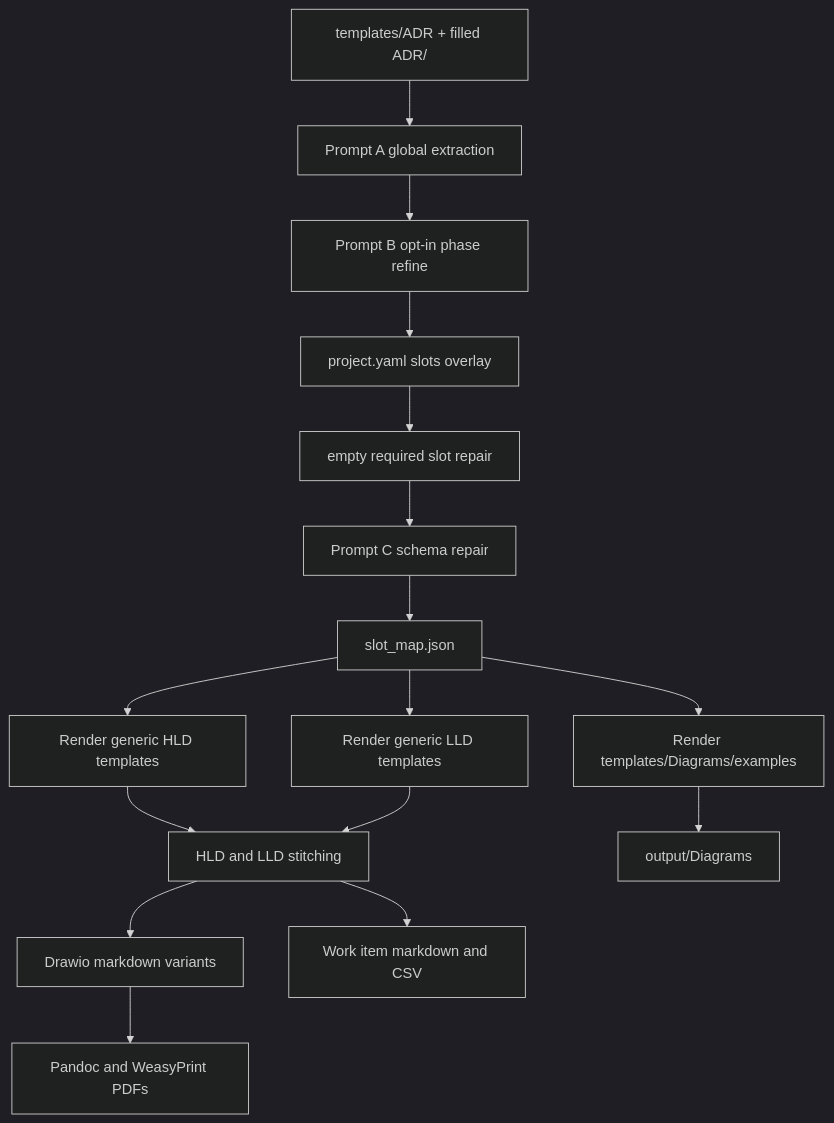
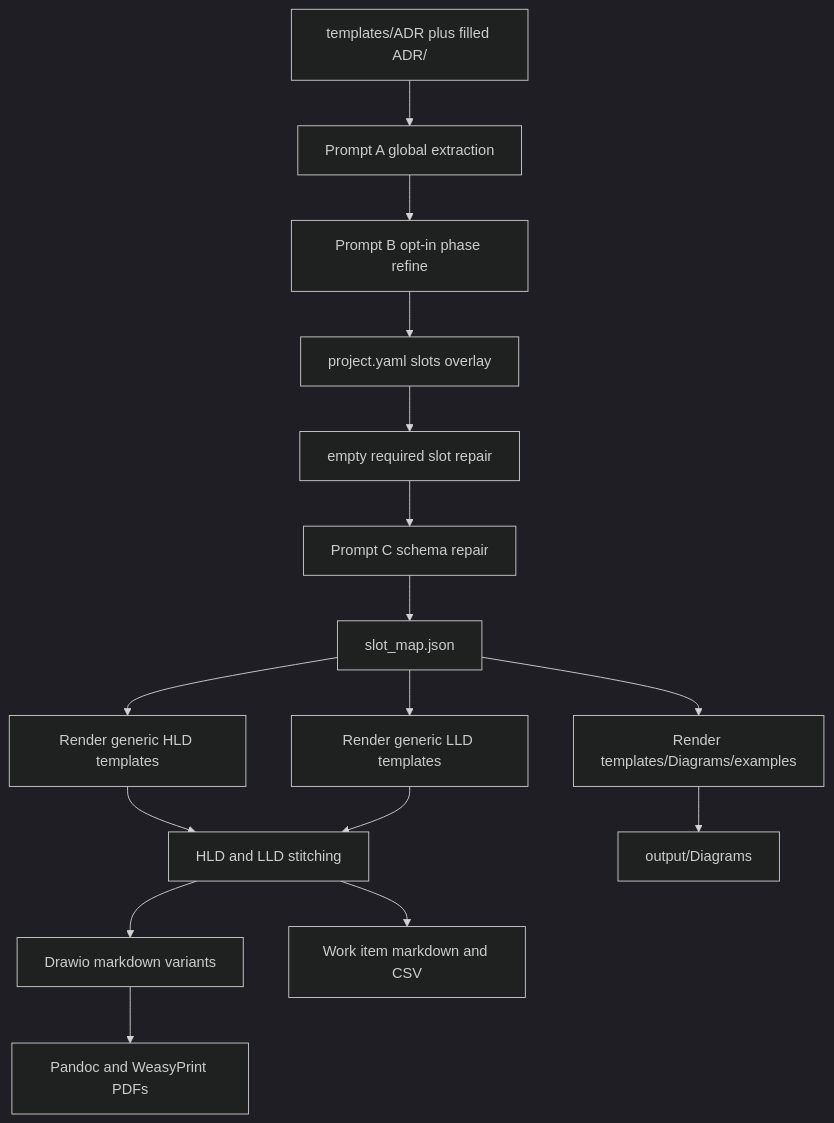
The second of 3 diagrams in docs/ARCHITECTURE.md (stratus-ss/arch-design-doc-generator), drawn with Mermaid (dark theme) before and after one commit. The commit also changed other lines of this file and 13 other files, not shown here.

First line of the commit message:
docs: align Health Check code flow with collect 03–12 and the report engine

````diff
--- a/docs/ARCHITECTURE.md
+++ b/docs/ARCHITECTURE.md
@@ -42,18 +43,18 @@
 ```mermaid
 flowchart TD
-    AdrInput[templates/ADR + filled ADR/] --> PromptGlobal[Prompt A global extraction]
-    PromptGlobal --> PromptPhase[Prompt B opt-in phase refine]
-    PromptPhase --> Overlay[project.yaml slots overlay]
-    Overlay --> EmptyRepair[empty required slot repair]
-    EmptyRepair --> PromptRepair[Prompt C schema repair]
-    PromptRepair --> SlotMap[slot_map.json]
-    SlotMap --> RenderHld[Render generic HLD templates]
-    SlotMap --> RenderLld[Render generic LLD templates]
-    SlotMap --> RenderDrawio[Render templates/Diagrams/examples]
-    RenderHld --> StitchDocs[HLD and LLD stitching]
+    AdrInput["templates/ADR plus filled ADR/"] --> PromptGlobal["Prompt A global extraction"]
+    PromptGlobal --> PromptPhase["Prompt B opt-in phase refine"]
+    PromptPhase --> Overlay["project.yaml slots overlay"]
+    Overlay --> EmptyRepair["empty required slot repair"]
+    EmptyRepair --> PromptRepair["Prompt C schema repair"]
+    PromptRepair --> SlotMap["slot_map.json"]
+    SlotMap --> RenderHld["Render generic HLD templates"]
+    SlotMap --> RenderLld["Render generic LLD templates"]
+    SlotMap --> RenderDrawio["Render templates/Diagrams/examples"]
+    RenderHld --> StitchDocs["HLD and LLD stitching"]
     RenderLld --> StitchDocs
-    RenderDrawio --> OutputDiagrams[output/Diagrams]
-    StitchDocs --> DrawioVariants[Drawio markdown variants]
-    DrawioVariants --> Pdfs[Pandoc and WeasyPrint PDFs]
-    StitchDocs --> WorkitemsOut[Work item markdown and CSV]
+    RenderDrawio --> OutputDiagrams["output/Diagrams"]
+    StitchDocs --> DrawioVariants["Drawio markdown variants"]
+    DrawioVariants --> Pdfs["Pandoc and WeasyPrint PDFs"]
+    StitchDocs --> WorkitemsOut["Work item markdown and CSV"]
 ```
````
